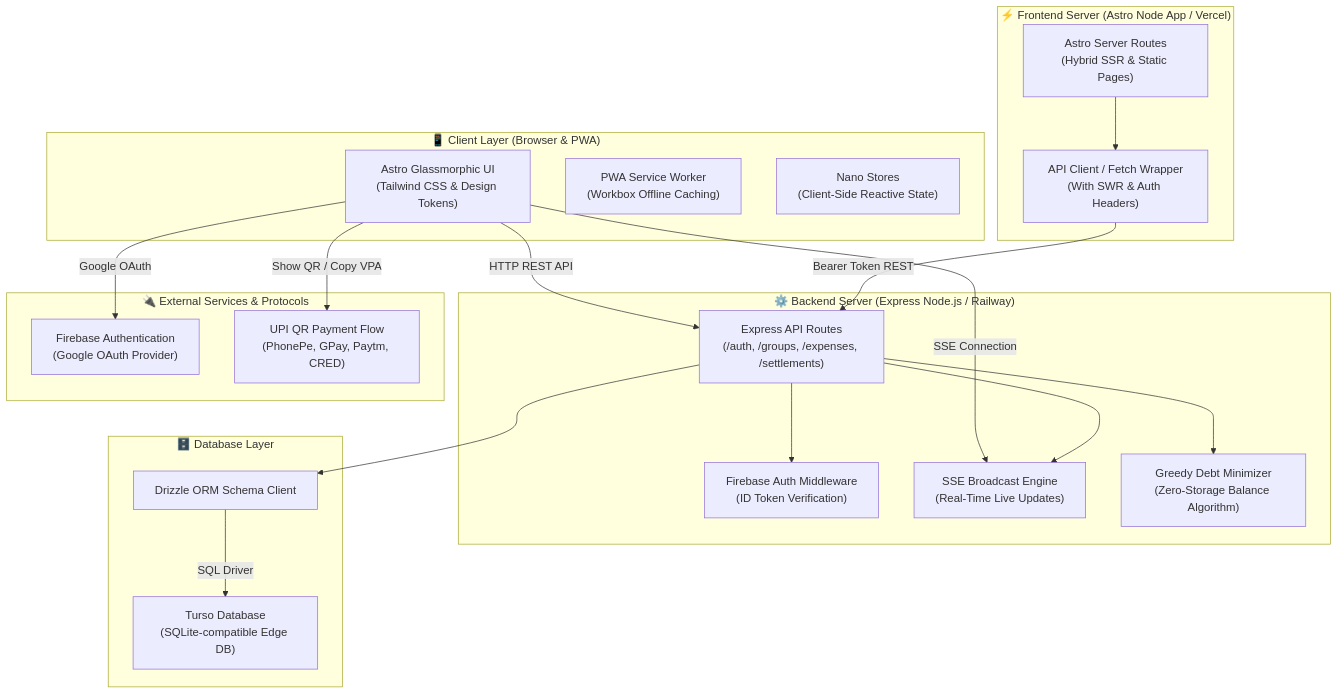
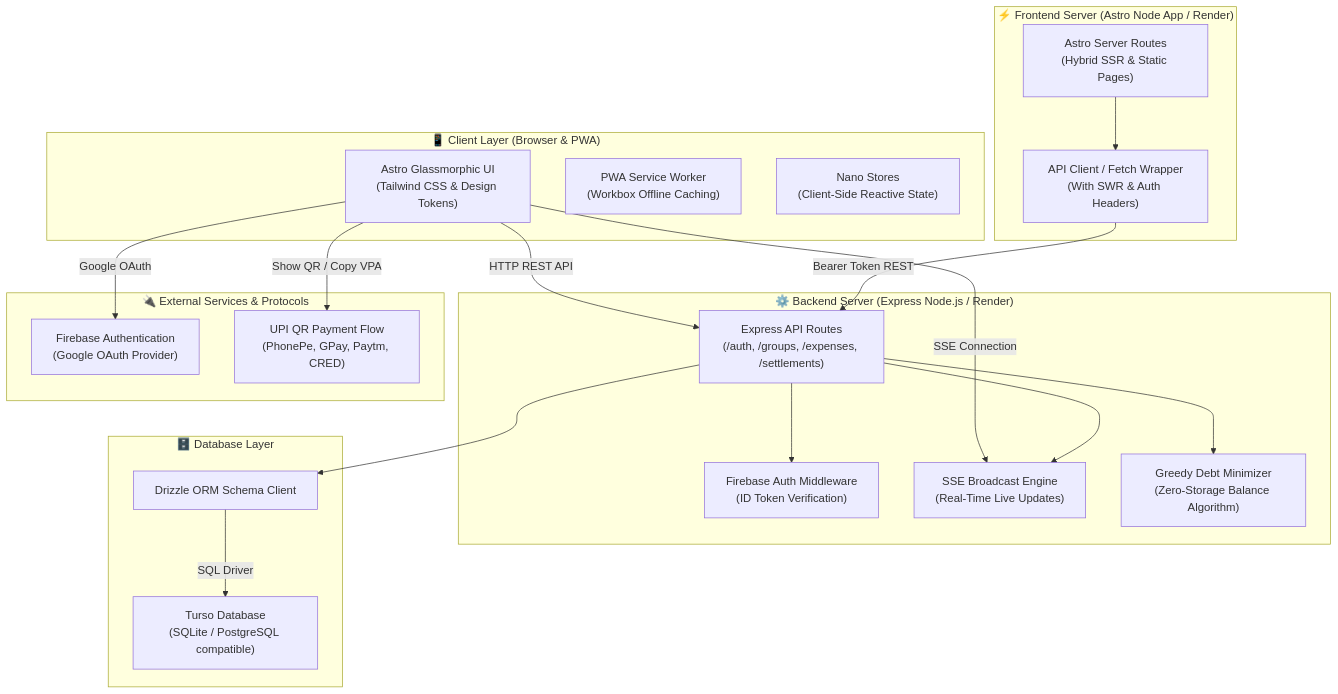
One commit to reck98/SplitMate changed the second of 2 diagrams in README.md. Above: the diagram before and after it, drawn with Mermaid. The commit also changed other lines of this file and 1 other file, not shown here.

Commit message:
docs: redesign README with hero section, Shields badges, and Mermaid user flow

````diff
--- a/README.md
+++ b/README.md
@@ -180,45 +172,45 @@
 ```mermaid
 graph TD
     subgraph ClientLayer["📱 Client Layer (Browser & PWA)"]
         UI["Astro Glassmorphic UI<br/>(Tailwind CSS & Design Tokens)"]
         PWA["PWA Service Worker<br/>(Workbox Offline Caching)"]
         State["Nano Stores<br/>(Client-Side Reactive State)"]
     end
 
-    subgraph FrontendServer["⚡ Frontend Server (Astro Node App / Vercel)"]
+    subgraph FrontendServer["⚡ Frontend Server (Astro Node App / Render)"]
         Pages["Astro Server Routes<br/>(Hybrid SSR & Static Pages)"]
         APIClient["API Client / Fetch Wrapper<br/>(With SWR & Auth Headers)"]
     end
 
-    subgraph BackendServer["⚙️ Backend Server (Express Node.js / Railway)"]
+    subgraph BackendServer["⚙️ Backend Server (Express Node.js / Render)"]
         AuthMiddleware["Firebase Auth Middleware<br/>(ID Token Verification)"]
         Routes["Express API Routes<br/>(/auth, /groups, /expenses, /settlements)"]
         SSEEngine["SSE Broadcast Engine<br/>(Real-Time Live Updates)"]
         DebtAlgo["Greedy Debt Minimizer<br/>(Zero-Storage Balance Algorithm)"]
     end
 
     subgraph DatabaseLayer["🗄️ Database Layer"]
         Drizzle["Drizzle ORM Schema Client"]
-        Turso["Turso Database<br/>(SQLite-compatible Edge DB)"]
+        Turso["Turso Database<br/>(SQLite / PostgreSQL compatible)"]
     end
 
     subgraph ExternalServices["🔌 External Services & Protocols"]
         FirebaseAuth["Firebase Authentication<br/>(Google OAuth Provider)"]
         UPIPay["UPI QR Payment Flow<br/>(PhonePe, GPay, Paytm, CRED)"]
     end
 
     UI -->|"Google OAuth"| FirebaseAuth
     UI -->|"HTTP REST API"| Routes
     UI -->|"SSE Connection"| SSEEngine
     UI -->|"Show QR / Copy VPA"| UPIPay
 
     Pages --> APIClient
     APIClient -->|"Bearer Token REST"| Routes
 
     Routes --> AuthMiddleware
     Routes --> DebtAlgo
     Routes --> Drizzle
     Routes --> SSEEngine
 
     Drizzle -->|"SQL Driver"| Turso
 ```
````
